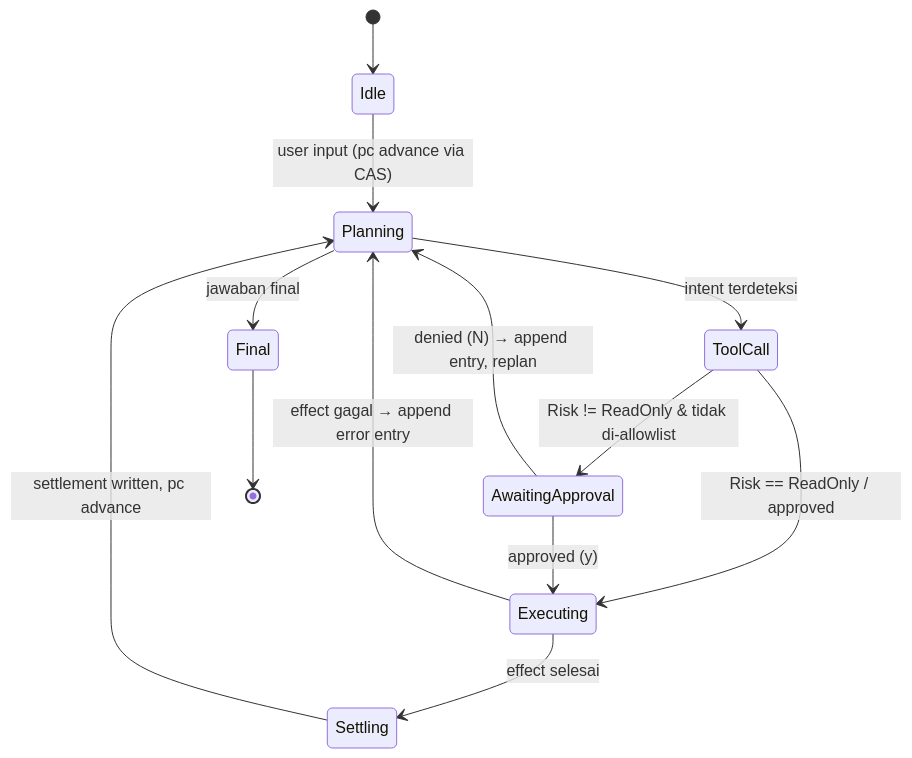
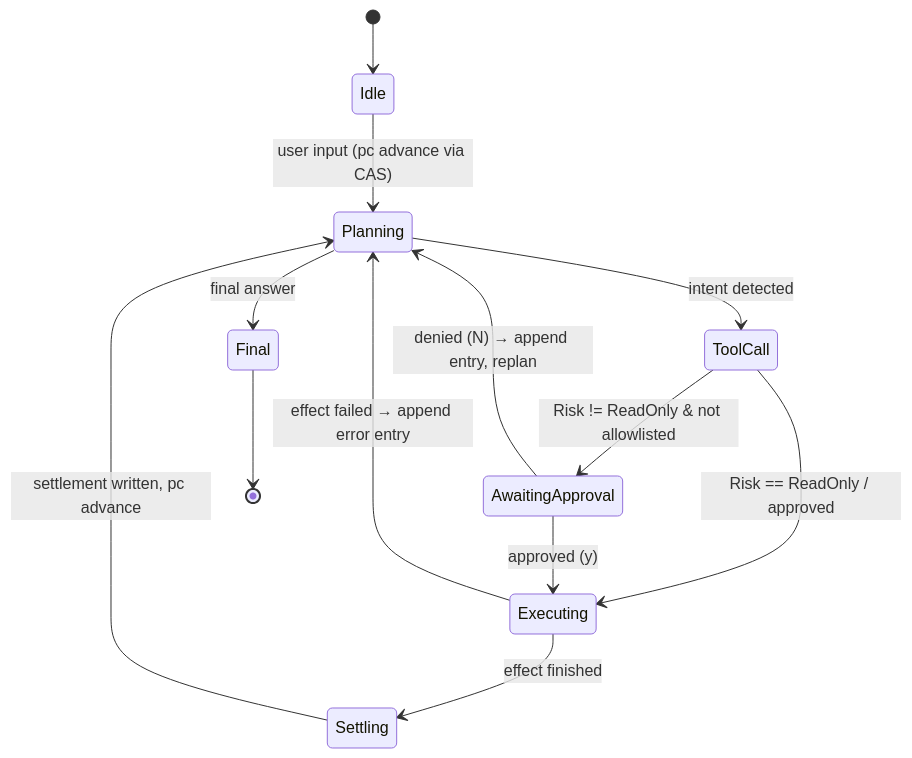
One commit to codecoradev/tole changed the second of 3 diagrams in docs/architecture.md. Above: the diagram before and after it, drawn with Mermaid. The commit also changed other lines of this file and 2 other files, not shown here.

First line of the commit message:
docs: translate PRD, architecture, and epics to English

````diff
--- a/docs/architecture.md
+++ b/docs/architecture.md
@@ -65,15 +65,15 @@
 ```mermaid
 stateDiagram-v2
     [*] --> Idle
     Idle --> Planning: user input (pc advance via CAS)
-    Planning --> ToolCall: intent terdeteksi
-    Planning --> Final: jawaban final
-    ToolCall --> AwaitingApproval: Risk != ReadOnly & tidak di-allowlist
+    Planning --> ToolCall: intent detected
+    Planning --> Final: final answer
+    ToolCall --> AwaitingApproval: Risk != ReadOnly & not allowlisted
     ToolCall --> Executing: Risk == ReadOnly / approved
     AwaitingApproval --> Executing: approved (y)
     AwaitingApproval --> Planning: denied (N) → append entry, replan
-    Executing --> Settling: effect selesai
-    Executing --> Planning: effect gagal → append error entry
+    Executing --> Settling: effect finished
+    Executing --> Planning: effect failed → append error entry
     Settling --> Planning: settlement written, pc advance
     Final --> [*]
 ```
````
